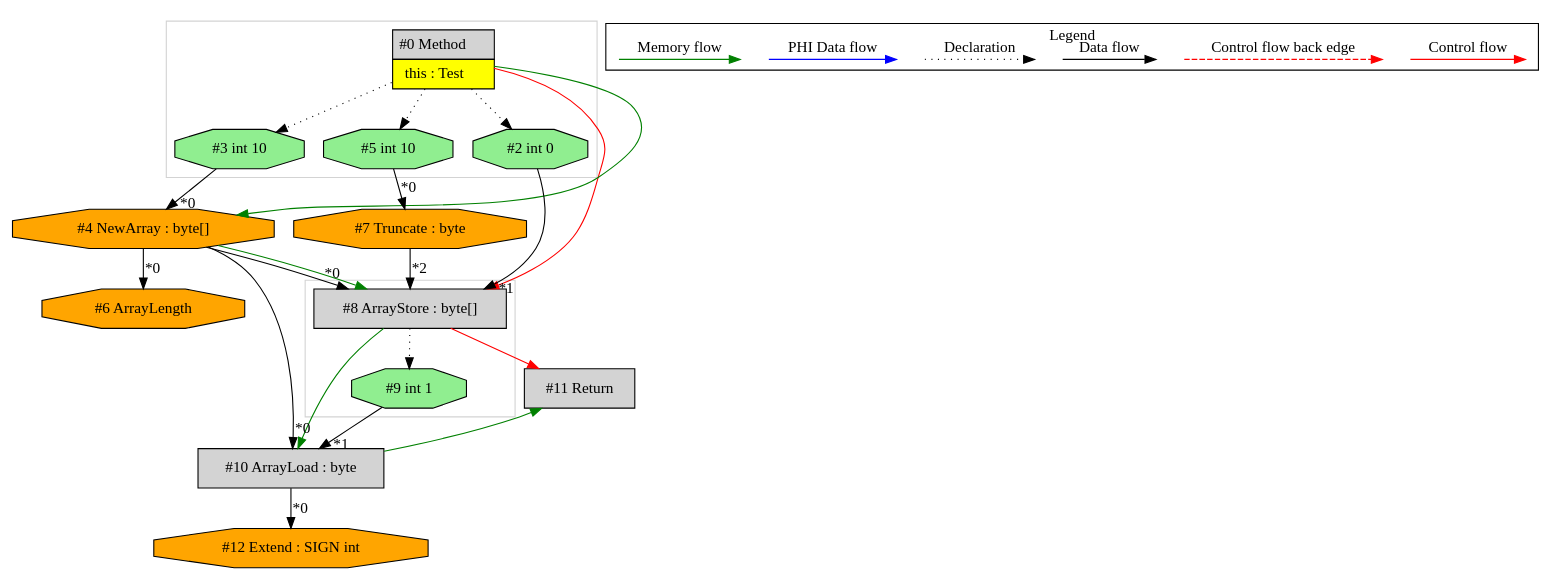
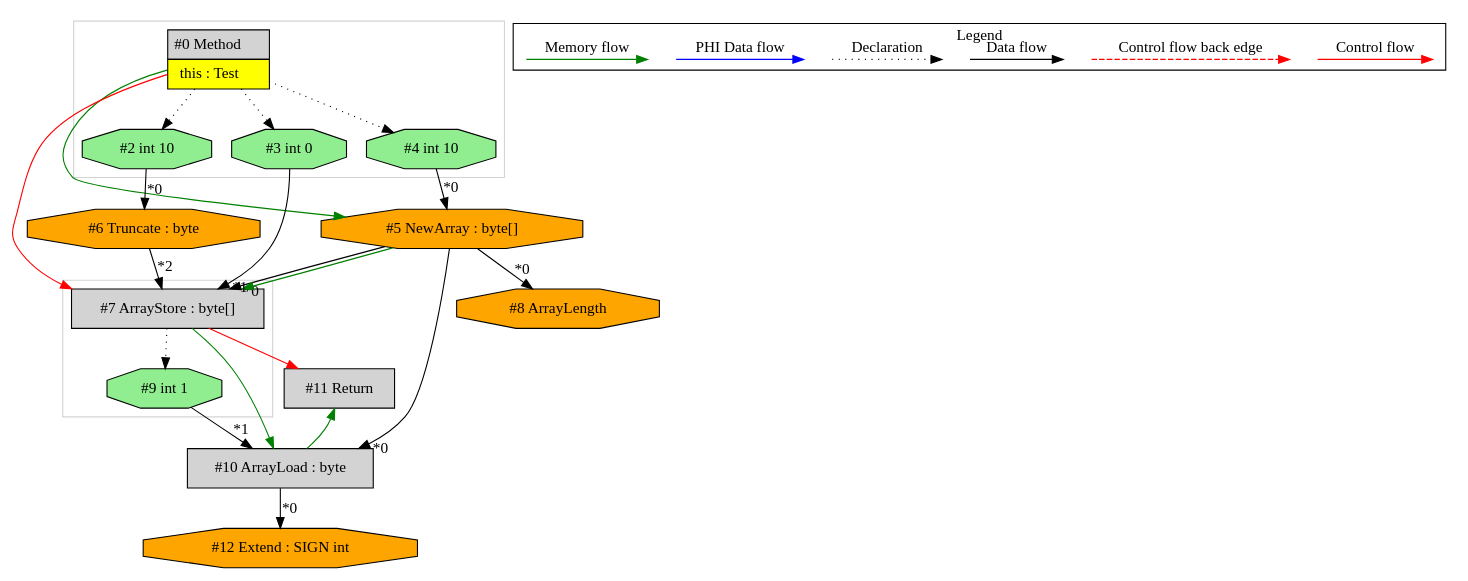
One commit to mirkosertic/MetaIR changed the diagram in de.mirkosertic.metair.ir.OpcodeNEWARRAYTest/test_NEWARRAY_byte/ir.dot. Above: the diagram before and after it, drawn with Graphviz. The commit also changed 569 other files, not shown here.

```diff
--- a/de.mirkosertic.metair.ir.OpcodeNEWARRAYTest/test_NEWARRAY_byte/ir.dot
+++ b/de.mirkosertic.metair.ir.OpcodeNEWARRAYTest/test_NEWARRAY_byte/ir.dot
@@ -1,72 +1,72 @@
 digraph {
  ordering="in";
  node0[margin="0", label=<<table border="0" cellborder="1" cellspacing="0" cellpadding="5"><tr><td colspan="1">#0 Method</td></tr><tr><td port="prj1" bgcolor="yellow">this : Test</td></tr></table>>,shape=none, fillcolor=lightgrey, style=filled];
- node5[label="#5 int 10",shape=octagon, fillcolor=lightgreen, style=filled];
- node0 -> node5[style=dotted];
- node7[label="#7 Truncate : byte",shape=octagon, fillcolor=orange, style=filled];
+ node5[label="#5 NewArray : byte[]",shape=octagon, fillcolor=orange, style=filled];
+ node4 -> node5[headlabel="*0", labeldistance=2];
+ node0 -> node5[labeldistance=2, color=green, constraint=false];
+ node4[label="#4 int 10",shape=octagon, fillcolor=lightgreen, style=filled];
+ node0 -> node4[style=dotted];
+ node7[label="#7 ArrayStore : byte[]",shape=box, fillcolor=lightgrey, style=filled];
  node5 -> node7[headlabel="*0", labeldistance=2];
- node8[label="#8 ArrayStore : byte[]",shape=box, fillcolor=lightgrey, style=filled];
- node4 -> node8[headlabel="*0", labeldistance=2];
- node2 -> node8[headlabel="*1", labeldistance=2];
- node7 -> node8[headlabel="*2", labeldistance=2];
- node4 -> node8[labeldistance=2, color=green, constraint=false];
- node0 -> node8[labeldistance=2, color=red, fontcolor=red];
- node4[label="#4 NewArray : byte[]",shape=octagon, fillcolor=orange, style=filled];
- node3 -> node4[headlabel="*0", labeldistance=2];
- node0 -> node4[labeldistance=2, color=green, constraint=false];
- node3[label="#3 int 10",shape=octagon, fillcolor=lightgreen, style=filled];
+ node3 -> node7[headlabel="*1", labeldistance=2];
+ node6 -> node7[headlabel="*2", labeldistance=2];
+ node5 -> node7[labeldistance=2, color=green, constraint=false];
+ node0 -> node7[labeldistance=2, color=red, fontcolor=red];
+ node6[label="#6 Truncate : byte",shape=octagon, fillcolor=orange, style=filled];
+ node2 -> node6[headlabel="*0", labeldistance=2];
+ node2[label="#2 int 10",shape=octagon, fillcolor=lightgreen, style=filled];
+ node0 -> node2[style=dotted];
+ node3[label="#3 int 0",shape=octagon, fillcolor=lightgreen, style=filled];
  node0 -> node3[style=dotted];
- node6[label="#6 ArrayLength",shape=octagon, fillcolor=orange, style=filled];
- node4 -> node6[headlabel="*0", labeldistance=2];
+ node9[label="#9 int 1",shape=octagon, fillcolor=lightgreen, style=filled];
+ node7 -> node9[style=dotted];
  node10[label="#10 ArrayLoad : byte",shape=box, fillcolor=lightgrey, style=filled];
- node4 -> node10[headlabel="*0", labeldistance=2];
+ node5 -> node10[headlabel="*0", labeldistance=2];
  node9 -> node10[headlabel="*1", labeldistance=2];
- node8 -> node10[labeldistance=2, color=green, constraint=false];
- node9[label="#9 int 1",shape=octagon, fillcolor=lightgreen, style=filled];
- node8 -> node9[style=dotted];
- node11[label="#11 Return",shape=box, fillcolor=lightgrey, style=filled];
- node8 -> node11[labeldistance=2, color=red, fontcolor=red];
- node10 -> node11[labeldistance=2, color=green, constraint=false];
+ node7 -> node10[labeldistance=2, color=green, constraint=false];
  node12[label="#12 Extend : SIGN int",shape=octagon, fillcolor=orange, style=filled];
  node10 -> node12[headlabel="*0", labeldistance=2];
- node2[label="#2 int 0",shape=octagon, fillcolor=lightgreen, style=filled];
- node0 -> node2[style=dotted];
+ node11[label="#11 Return",shape=box, fillcolor=lightgrey, style=filled];
+ node7 -> node11[labeldistance=2, color=red, fontcolor=red];
+ node10 -> node11[labeldistance=2, color=green, constraint=false];
+ node8[label="#8 ArrayLength",shape=octagon, fillcolor=orange, style=filled];
+ node5 -> node8[headlabel="*0", labeldistance=2];
  subgraph cluster_0 {
-  color=lightgray;
-  node8;
-  node9;
- }
- subgraph cluster_1 {
   color=lightgray;
   node0;
   node2;
   node3;
-  node5;
+  node4;
+ }
+ subgraph cluster_1 {
+  color=lightgray;
+  node7;
+  node9;
  }
  subgraph cluster_000 {
   label = "Legend";
   node [shape=point]
   {
    rank=same;
    c0 [style = invis];
    c1 [style = invis];
    c2 [style = invis];
    c3 [style = invis];
    d0 [style = invis];
    d1 [style = invis];
    d2 [style = invis];
    d3 [style = invis];
    d4 [style = invis];
    d5 [style = invis];
    d6 [style = invis];
    d7 [style = invis];
   }
   c0 -> c1 [label="Control flow", style=solid, color=red]
   c2 -> c3 [label="Control flow back edge", style=dashed, color=red]
   d0 -> d1 [label="Data flow"]
   d2 -> d3 [label="Declaration", style=dotted]
   d4 -> d5 [label="PHI Data flow", color=blue]
   d6 -> d7 [label="Memory flow", color=green]
  }
 
 }
```
